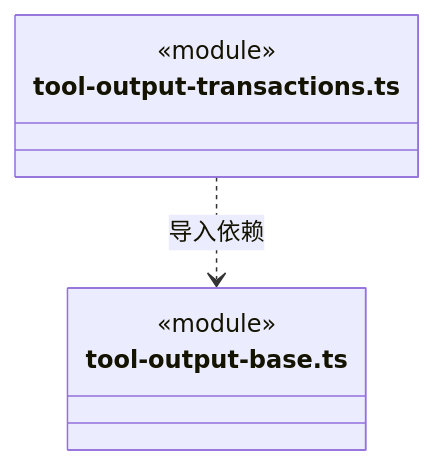
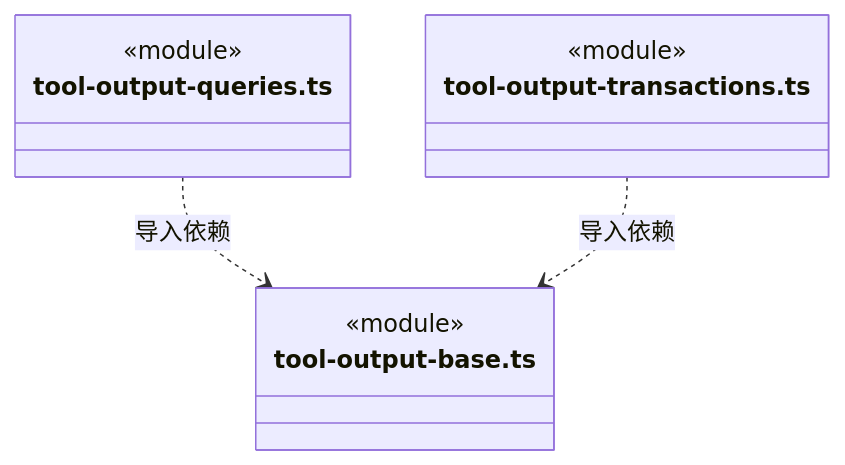
Before and after one commit to nan023062/cbim: diagram 35 of 36 in src/backend/core/knowledge/ARCHITECTURE.md, drawn with Mermaid. The commit also changed other lines of this file and 356 other files, not shown here.

First line of the commit message:
chore: preserve architecture remediation before desktop 0.1.7 alignment

````diff
--- a/src/backend/core/knowledge/ARCHITECTURE.md
+++ b/src/backend/core/knowledge/ARCHITECTURE.md
@@ -735,10 +816,14 @@
 ```mermaid
 classDiagram
-class N_src_backend_core_knowledge_tool_output_transactions_ts["tool-output-transactions.ts"] {
+class N_src_backend_core_knowledge_tool_output_queries_ts["tool-output-queries.ts"] {
   <<module>>
 }
 class N_src_backend_core_knowledge_tool_output_base_ts["tool-output-base.ts"] {
   <<module>>
 }
+class N_src_backend_core_knowledge_tool_output_transactions_ts["tool-output-transactions.ts"] {
+  <<module>>
+}
+N_src_backend_core_knowledge_tool_output_queries_ts ..> N_src_backend_core_knowledge_tool_output_base_ts : 导入依赖
 N_src_backend_core_knowledge_tool_output_transactions_ts ..> N_src_backend_core_knowledge_tool_output_base_ts : 导入依赖
 ```
````
